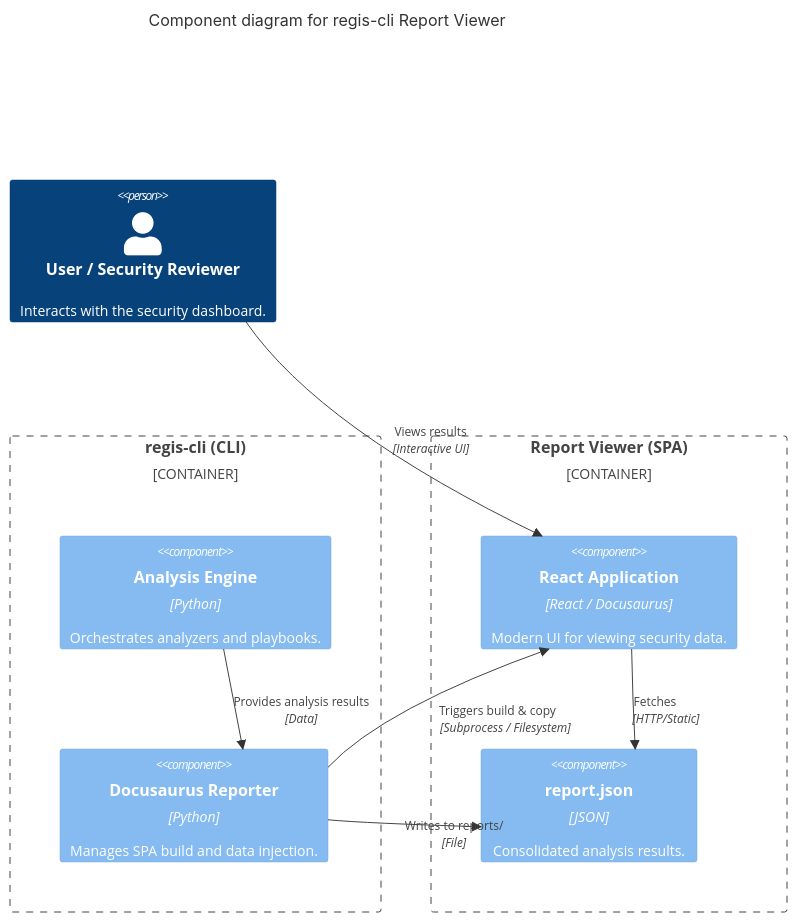
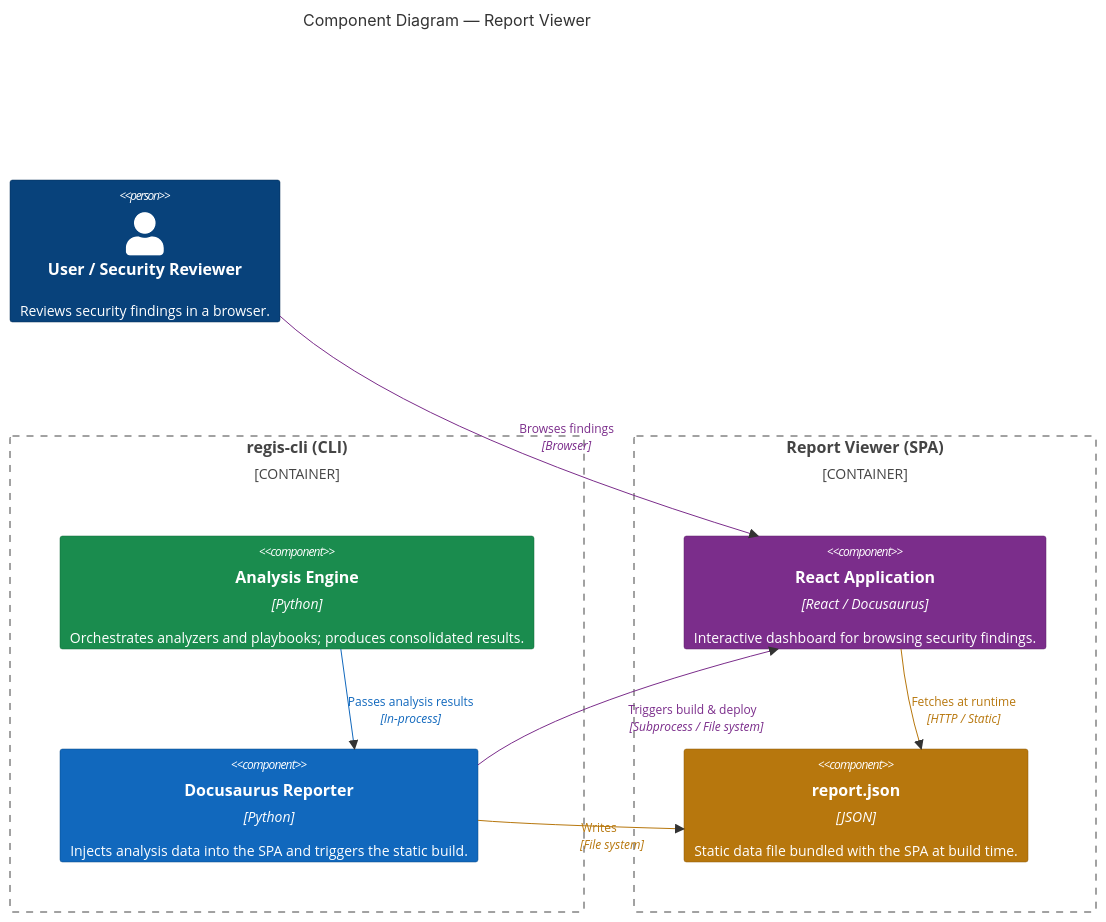
Before and after one commit to trivoallan/regis-cli: the diagram in docs/website/docs/concepts/reports.md, drawn with Mermaid. The commit also changed 101 other files, not shown here.

````diff
--- a/docs/website/docs/concepts/reports.md
+++ b/docs/website/docs/concepts/reports.md
@@ -16,22 +16,34 @@
 ```mermaid
 C4Component
-    title Component diagram for regis-cli Report Viewer
+    title Component Diagram — Report Viewer
 
-    Person(user, "User / Security Reviewer", "Interacts with the security dashboard.")
+    Person(user, "User / Security Reviewer", "Reviews security findings in a browser.")
 
     Container_Boundary(cli_boundary, "regis-cli (CLI)") {
-        Component(engine, "Analysis Engine", "Python", "Orchestrates analyzers and playbooks.")
-        Component(reporter, "Docusaurus Reporter", "Python", "Manages SPA build and data injection.")
+        Component(engine, "Analysis Engine", "Python", "Orchestrates analyzers and playbooks; produces consolidated results.")
+        Component(reporter, "Docusaurus Reporter", "Python", "Injects analysis data into the SPA and triggers the static build.")
     }
 
     Container_Boundary(spa_boundary, "Report Viewer (SPA)") {
-        Component(react_app, "React Application", "React / Docusaurus", "Modern UI for viewing security data.")
-        Component(json_data, "report.json", "JSON", "Consolidated analysis results.")
+        Component(react_app, "React Application", "React / Docusaurus", "Interactive dashboard for browsing security findings.")
+        Component(json_data, "report.json", "JSON", "Static data file bundled with the SPA at build time.")
     }
 
-    Rel(engine, reporter, "Provides analysis results", "Data")
-    Rel(reporter, json_data, "Writes to reports/", "File")
-    Rel(reporter, react_app, "Triggers build & copy", "Subprocess / Filesystem")
-    Rel(react_app, json_data, "Fetches", "HTTP/Static")
-    Rel(user, react_app, "Views results", "Interactive UI")
+    Rel(engine, reporter, "Passes analysis results", "In-process")
+    Rel(reporter, json_data, "Writes", "File system")
+    Rel(reporter, react_app, "Triggers build & deploy", "Subprocess / File system")
+    Rel(react_app, json_data, "Fetches at runtime", "HTTP / Static")
+    Rel(user, react_app, "Browses findings", "Browser")
+
+    UpdateElementStyle(user, $fontColor="white", $bgColor="#08427B", $borderColor="#052E56")
+    UpdateElementStyle(engine, $fontColor="white", $bgColor="#1A8C4E", $borderColor="#136B3B")
+    UpdateElementStyle(reporter, $fontColor="white", $bgColor="#1168BD", $borderColor="#0B4A87")
+    UpdateElementStyle(react_app, $fontColor="white", $bgColor="#7B2D8B", $borderColor="#5C2168")
+    UpdateElementStyle(json_data, $fontColor="white", $bgColor="#B7770D", $borderColor="#8C5B0A")
+    UpdateRelStyle(engine, reporter, $textColor="#1168BD", $lineColor="#1168BD")
+    UpdateRelStyle(reporter, json_data, $textColor="#B7770D", $lineColor="#B7770D")
+    UpdateRelStyle(reporter, react_app, $textColor="#7B2D8B", $lineColor="#7B2D8B")
+    UpdateRelStyle(react_app, json_data, $textColor="#B7770D", $lineColor="#B7770D")
+    UpdateRelStyle(user, react_app, $textColor="#7B2D8B", $lineColor="#7B2D8B")
+    UpdateLayoutConfig($c4ShapeInRow="2", $c4BoundaryInRow="2")
 ```
````
